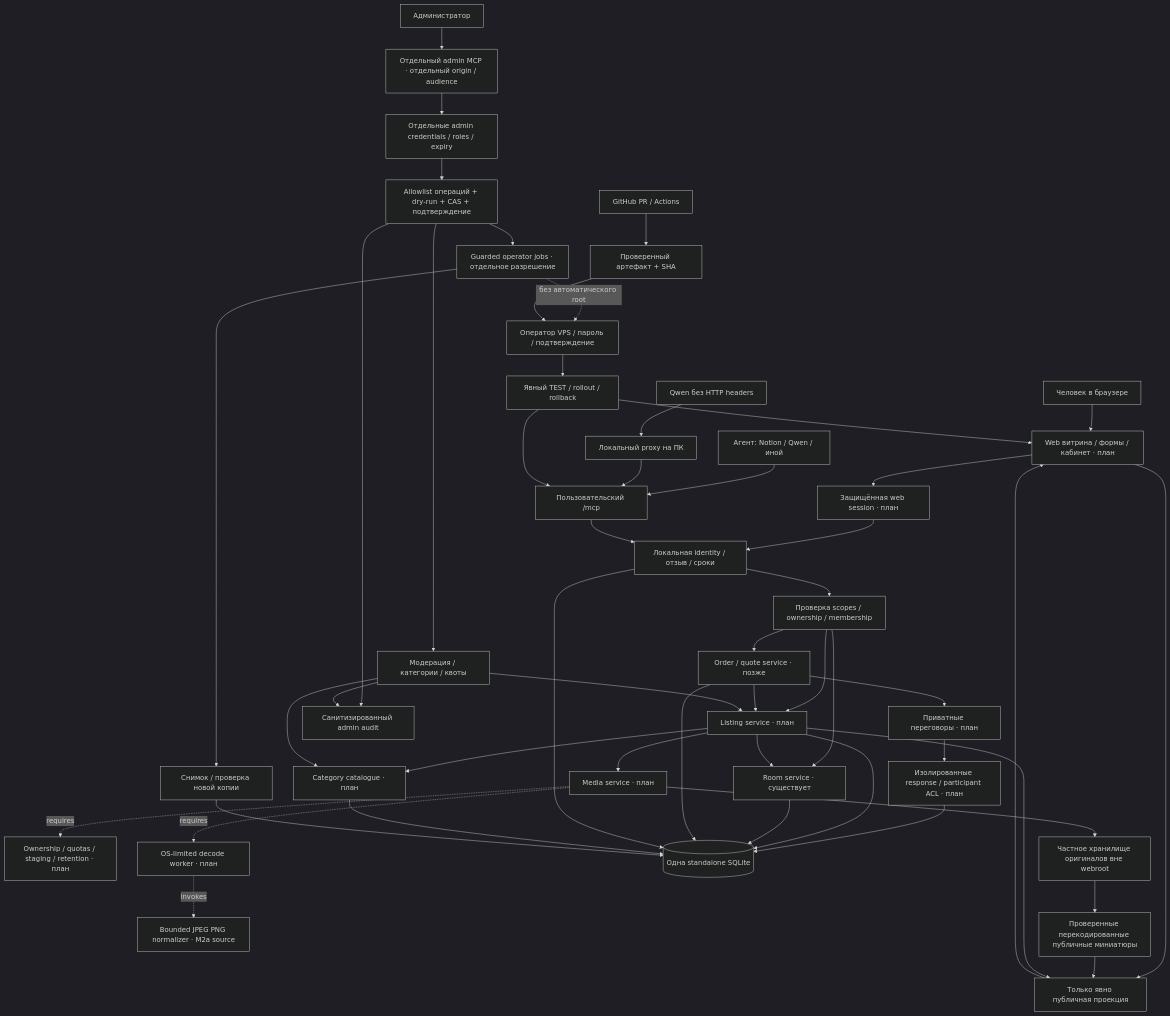
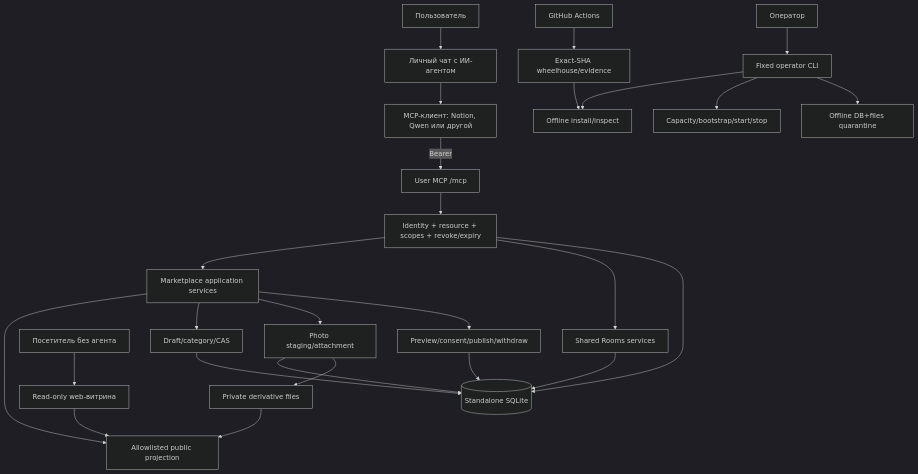
Before and after one commit to LeonidYasin/mcp-rooms: the first of 7 diagrams in docs/architecture-graph.md, drawn with Mermaid (dark theme). The commit also changed other lines of this file and 6 other files, not shown here.

Commit message:
docs: accept lifecycle checkpoint and clarify MCP-first roadmap

````diff
--- a/docs/architecture-graph.md
+++ b/docs/architecture-graph.md
@@ -15,52 +9,32 @@
 ```mermaid
 flowchart TB
-  H[Человек в браузере] --> W[Web витрина / формы / кабинет · план]
-  A[Агент: Notion / Qwen / иной] --> U[Пользовательский /mcp]
-  Q[Qwen без HTTP headers] --> P[Локальный proxy на ПК]
-  P --> U
-  W --> WS[Защищённая web session · план]
-  WS --> ID[Локальная identity / отзыв / сроки]
-  U --> ID
-  ID --> AUTH[Проверка scopes / ownership / membership]
-  W --> PUB[Только явно публичная проекция]
-  AUTH --> L[Listing service · план]
-  AUTH --> R[Room service · существует]
-  AUTH --> O[Order / quote service · позже]
-  L --> C[Category catalogue · план]
-  L --> M[Media service · план]
-  M -. requires .-> OWNER[Ownership / quotas / staging / retention · план]
-  M -. requires .-> WORKER[OS-limited decode worker · план]
-  WORKER -. invokes .-> NORMAL[Bounded JPEG PNG normalizer · M2a source]
-  L --> R
-  O --> L
-  O --> PRIVATE[Приватные переговоры · план]
-  PRIVATE --> RESPONSEDB[Изолированные response / participant ACL · план]
-  RESPONSEDB --> DB
-  L --> DB[(Одна standalone SQLite)]
-  R --> DB
-  O --> DB
-  ID --> DB
-  C --> DB
-  M --> F[Частное хранилище оригиналов вне webroot]
-  F --> TH[Проверенные перекодированные публичные миниатюры]
-  TH --> PUB
-  L --> PUB
-  PUB --> W
-  ADMIN[Администратор] --> AM[Отдельный admin MCP · отдельный origin / audience]
-  AM --> AID[Отдельные admin credentials / roles / expiry]
-  AID --> POLICY[Allowlist операций + dry-run + CAS + подтверждение]
-  POLICY --> MOD[Модерация / категории / квоты]
-  MOD --> L
-  MOD --> C
-  POLICY --> AUD[Санитизированный admin audit]
-  MOD --> AUD
-  POLICY --> OPS[Guarded operator jobs · отдельное разрешение]
-  OPS --> BACK[Снимок / проверка новой копии]
-  BACK --> DB
-  OPS -. без автоматического root .-> ROOT[Оператор VPS / пароль / подтверждение]
-  CI[GitHub PR / Actions] --> ART[Проверенный артефакт + SHA]
-  ART --> ROOT
-  ROOT --> DEP[Явный TEST / rollout / rollback]
-  DEP --> U
-  DEP --> W
+  U[Пользователь] --> CHAT[Личный чат с ИИ-агентом]
+  CHAT --> CLIENT[MCP-клиент: Notion, Qwen или другой]
+  CLIENT -->|Bearer| MCP[User MCP /mcp]
+  MCP --> GATE[Identity + resource + scopes + revoke/expiry]
+  GATE --> MARKET[Marketplace application services]
+  GATE --> ROOMS[Shared Rooms services]
+
+  VISITOR[Посетитель без агента] --> WEB[Read-only web-витрина]
+  WEB --> PUBLIC[Allowlisted public projection]
+  MARKET --> PUBLIC
+
+  MARKET --> DRAFTS[Draft/category/CAS]
+  MARKET --> MEDIA[Photo staging/attachment]
+  MARKET --> PUBLISH[Preview/consent/publish/withdraw]
+  DRAFTS --> DB[(Standalone SQLite)]
+  PUBLISH --> DB
+  ROOMS --> DB
+  GATE --> DB
+  MEDIA --> DB
+  MEDIA --> FILES[Private derivative files]
+  FILES --> PUBLIC
+
+  OP[Оператор] --> TOOLS[Fixed operator CLI]
+  TOOLS --> INSTALL[Offline install/inspect]
+  TOOLS --> CONTROL[Capacity/bootstrap/start/stop]
+  TOOLS --> RECOVERY[Offline DB+files quarantine]
+
+  CI[GitHub Actions] --> ART[Exact-SHA wheelhouse/evidence]
+  ART --> INSTALL
 ```
````
